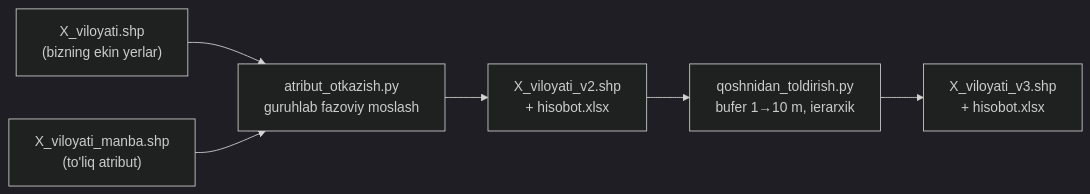
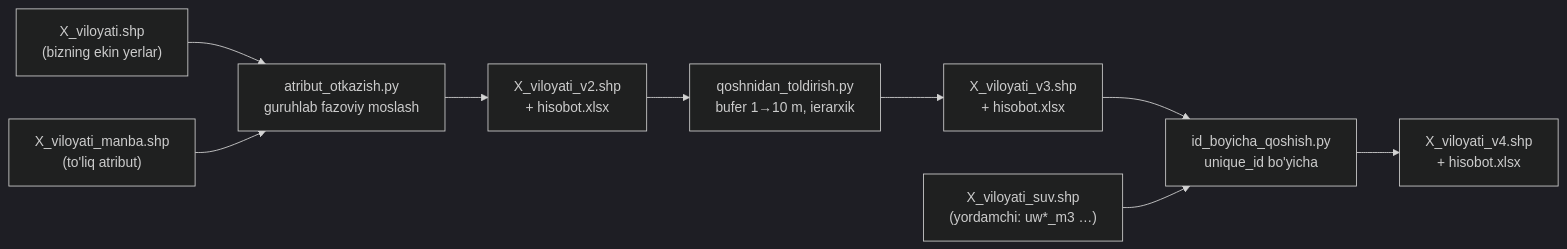
The diagram in README.md (fazogird/viloyat_shp), drawn with Mermaid (dark theme) before and after one commit. The commit also changed other lines of this file and 1 other file, not shown here.

First line of the commit message:
id_boyicha_qoshish.py: yordamchi fayldan unique_id bo'yicha ustun qo'shish

````diff
--- a/README.md
+++ b/README.md
@@ -36,8 +38,11 @@
 ```mermaid
 flowchart LR
     A["X_viloyati.shp<br/>(bizning ekin yerlar)"] --> P1["atribut_otkazish.py<br/>guruhlab fazoviy moslash"]
     M["X_viloyati_manba.shp<br/>(to'liq atribut)"] --> P1
     P1 --> B["X_viloyati_v2.shp<br/>+ hisobot.xlsx"]
     B --> P2["qoshnidan_toldirish.py<br/>bufer 1→10 m, ierarxik"]
     P2 --> C["X_viloyati_v3.shp<br/>+ hisobot.xlsx"]
+    C --> P3["id_boyicha_qoshish.py<br/>unique_id bo'yicha"]
+    Y["X_viloyati_suv.shp<br/>(yordamchi: uw*_m3 …)"] --> P3
+    P3 --> D["X_viloyati_v4.shp<br/>+ hisobot.xlsx"]
 ```
````
